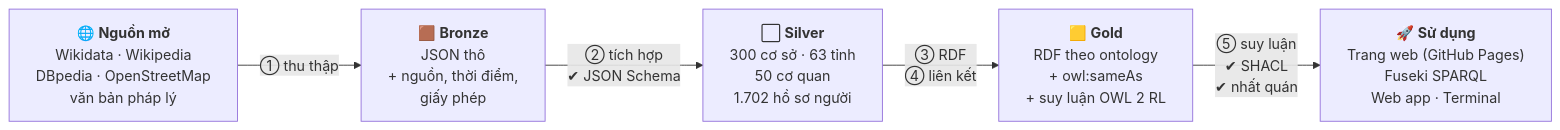
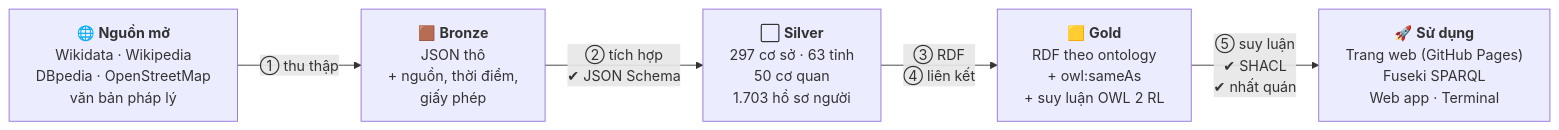
One commit to pham-ng/Vietnam-University-Knowledge-Graph-ver2 changed the first of 3 diagrams in README.md. Above: the diagram before and after it, drawn with Mermaid. The commit also changed other lines of this file and 39 other files, not shown here.

````diff
--- a/README.md
+++ b/README.md
@@ -182,12 +184,12 @@
 ```mermaid
 flowchart LR
     SRC["🌐 <b>Nguồn mở</b><br/>Wikidata · Wikipedia<br/>DBpedia · OpenStreetMap<br/>văn bản pháp lý"]
     BR["🟫 <b>Bronze</b><br/>JSON thô<br/>+ nguồn, thời điểm,<br/>giấy phép"]
-    SI["⬜ <b>Silver</b><br/>300 cơ sở · 63 tỉnh<br/>50 cơ quan<br/>1.702 hồ sơ người"]
+    SI["⬜ <b>Silver</b><br/>297 cơ sở · 63 tỉnh<br/>50 cơ quan<br/>1.703 hồ sơ người"]
     GO["🟨 <b>Gold</b><br/>RDF theo ontology<br/>+ owl:sameAs<br/>+ suy luận OWL 2 RL"]
     OUT["🚀 <b>Sử dụng</b><br/>Trang web (GitHub Pages)<br/>Fuseki SPARQL<br/>Web app · Terminal"]
     SRC -->|"① thu thập"| BR
     BR -->|"② tích hợp<br/>✔ JSON Schema"| SI
     SI -->|"③ RDF<br/>④ liên kết"| GO
     GO -->|"⑤ suy luận<br/>✔ SHACL<br/>✔ nhất quán"| OUT
 ```
````
